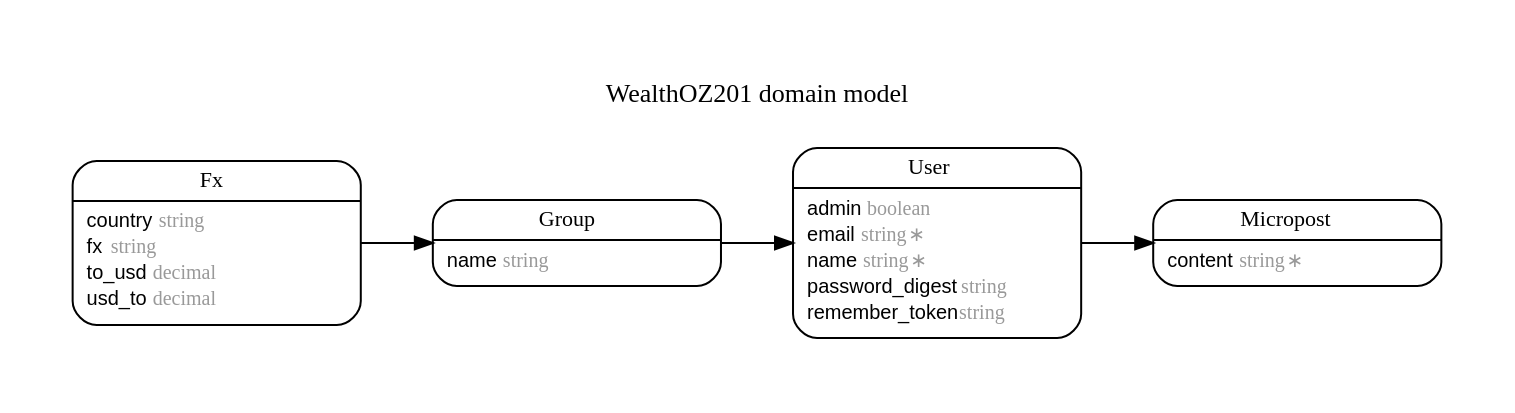
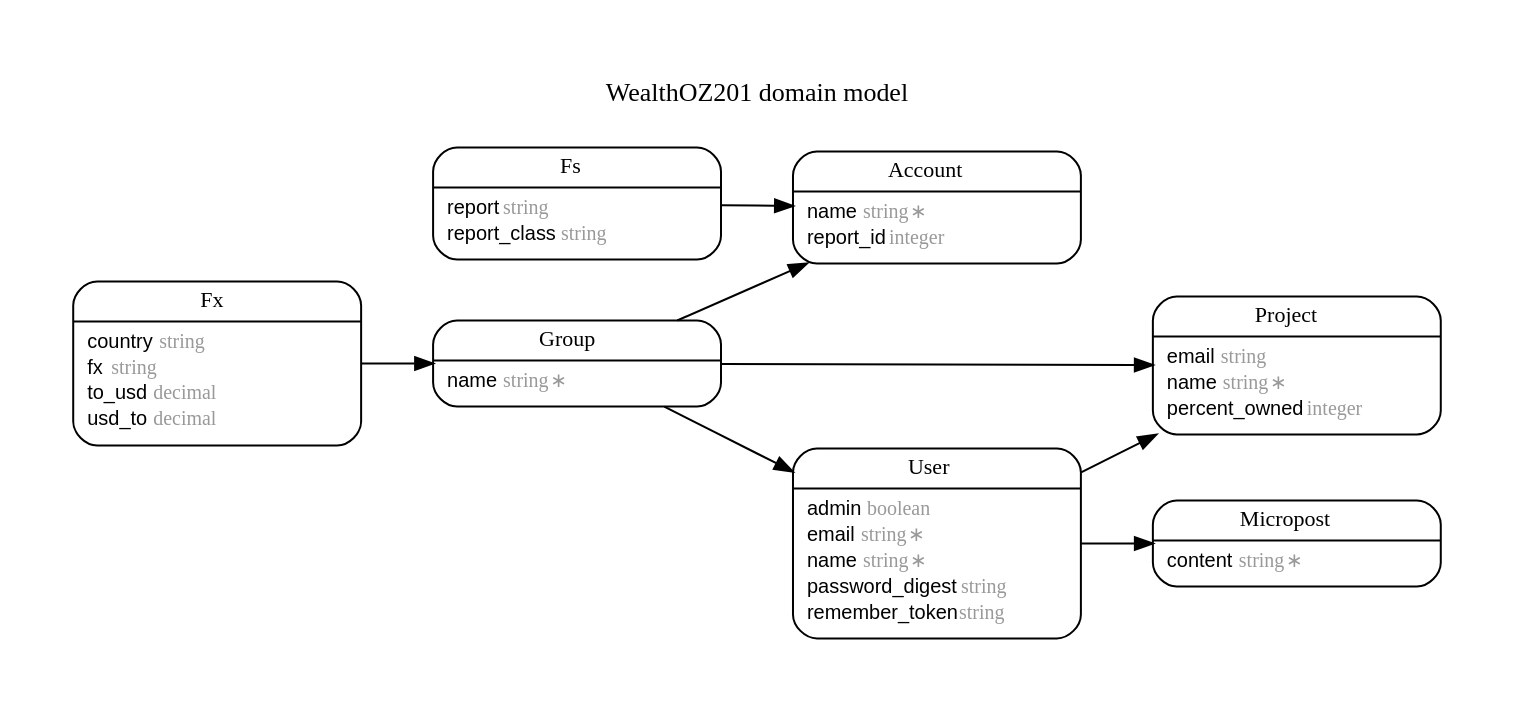
One commit to wealthoz/wealthoz.com changed the diagram in erd.dot. Above: the diagram before and after it, drawn with Graphviz. The commit also changed 71 other files, not shown here.

```diff
--- a/erd.dot
+++ b/erd.dot
@@ -1,56 +1,88 @@
 digraph WealthOZ201 {
 rankdir = "LR";
 ranksep = "0.5";
 nodesep = "0.4";
 pad = "0.4,0.4";
 margin = "0,0";
 concentrate = "true";
 labelloc = "t";
 fontsize = "13";
 fontname = "Arial Bold";
 node[ shape  =  "Mrecord" , fontsize  =  "10" , fontname  =  "Arial" , margin  =  "0.07,0.05" , penwidth  =  "1.0"];
 edge[ fontname  =  "Arial" , fontsize  =  "7" , dir  =  "both" , arrowsize  =  "0.9" , penwidth  =  "1.0" , labelangle  =  "32" , labeldistance  =  "1.8"];
 label = "WealthOZ201 domain model\n\n";
+m_Account [label = <<table border="0" align="center" cellspacing="0.5" cellpadding="0" width="134">
+  <tr><td align="center" valign="bottom" width="130"><font face="Arial Bold" point-size="11">Account</font></td></tr>
+</table>
+|
+<table border="0" align="left" cellspacing="2" cellpadding="0" width="134">
+  <tr><td align="left" width="130" port="name">name <font face="Arial Italic" color="grey60">string ∗</font></td></tr>
+  <tr><td align="left" width="130" port="report_id">report_id <font face="Arial Italic" color="grey60">integer</font></td></tr>
+</table>
+>];
+m_Fs [label = <<table border="0" align="center" cellspacing="0.5" cellpadding="0" width="134">
+  <tr><td align="center" valign="bottom" width="130"><font face="Arial Bold" point-size="11">Fs</font></td></tr>
+</table>
+|
+<table border="0" align="left" cellspacing="2" cellpadding="0" width="134">
+  <tr><td align="left" width="130" port="report">report <font face="Arial Italic" color="grey60">string</font></td></tr>
+  <tr><td align="left" width="130" port="report_class">report_class <font face="Arial Italic" color="grey60">string</font></td></tr>
+</table>
+>];
 m_Fx [label = <<table border="0" align="center" cellspacing="0.5" cellpadding="0" width="134">
   <tr><td align="center" valign="bottom" width="130"><font face="Arial Bold" point-size="11">Fx</font></td></tr>
 </table>
 |
 <table border="0" align="left" cellspacing="2" cellpadding="0" width="134">
   <tr><td align="left" width="130" port="country">country <font face="Arial Italic" color="grey60">string</font></td></tr>
   <tr><td align="left" width="130" port="fx">fx <font face="Arial Italic" color="grey60">string</font></td></tr>
   <tr><td align="left" width="130" port="to_usd">to_usd <font face="Arial Italic" color="grey60">decimal</font></td></tr>
   <tr><td align="left" width="130" port="usd_to">usd_to <font face="Arial Italic" color="grey60">decimal</font></td></tr>
 </table>
 >];
 m_Group [label = <<table border="0" align="center" cellspacing="0.5" cellpadding="0" width="134">
   <tr><td align="center" valign="bottom" width="130"><font face="Arial Bold" point-size="11">Group</font></td></tr>
 </table>
 |
 <table border="0" align="left" cellspacing="2" cellpadding="0" width="134">
-  <tr><td align="left" width="130" port="name">name <font face="Arial Italic" color="grey60">string</font></td></tr>
+  <tr><td align="left" width="130" port="name">name <font face="Arial Italic" color="grey60">string ∗</font></td></tr>
 </table>
 >];
 m_Micropost [label = <<table border="0" align="center" cellspacing="0.5" cellpadding="0" width="134">
   <tr><td align="center" valign="bottom" width="130"><font face="Arial Bold" point-size="11">Micropost</font></td></tr>
 </table>
 |
 <table border="0" align="left" cellspacing="2" cellpadding="0" width="134">
   <tr><td align="left" width="130" port="content">content <font face="Arial Italic" color="grey60">string ∗</font></td></tr>
+</table>
+>];
+m_Project [label = <<table border="0" align="center" cellspacing="0.5" cellpadding="0" width="134">
+  <tr><td align="center" valign="bottom" width="130"><font face="Arial Bold" point-size="11">Project</font></td></tr>
+</table>
+|
+<table border="0" align="left" cellspacing="2" cellpadding="0" width="134">
+  <tr><td align="left" width="130" port="email">email <font face="Arial Italic" color="grey60">string</font></td></tr>
+  <tr><td align="left" width="130" port="name">name <font face="Arial Italic" color="grey60">string ∗</font></td></tr>
+  <tr><td align="left" width="130" port="percent_owned">percent_owned <font face="Arial Italic" color="grey60">integer</font></td></tr>
 </table>
 >];
 m_User [label = <<table border="0" align="center" cellspacing="0.5" cellpadding="0" width="134">
   <tr><td align="center" valign="bottom" width="130"><font face="Arial Bold" point-size="11">User</font></td></tr>
 </table>
 |
 <table border="0" align="left" cellspacing="2" cellpadding="0" width="134">
   <tr><td align="left" width="130" port="admin">admin <font face="Arial Italic" color="grey60">boolean</font></td></tr>
   <tr><td align="left" width="130" port="email">email <font face="Arial Italic" color="grey60">string ∗</font></td></tr>
   <tr><td align="left" width="130" port="name">name <font face="Arial Italic" color="grey60">string ∗</font></td></tr>
   <tr><td align="left" width="130" port="password_digest">password_digest <font face="Arial Italic" color="grey60">string</font></td></tr>
   <tr><td align="left" width="130" port="remember_token">remember_token <font face="Arial Italic" color="grey60">string</font></td></tr>
 </table>
 >];
+  m_Group -> m_Account [arrowhead = "normal", arrowtail = "none", weight = "2"];
+  m_Fs -> m_Account [arrowhead = "normal", arrowtail = "none", weight = "2"];
   m_Fx -> m_Group [arrowhead = "normal", arrowtail = "none", weight = "2"];
   m_Group -> m_User [arrowhead = "normal", arrowtail = "none", weight = "2"];
+  m_Group -> m_Project [arrowhead = "normal", arrowtail = "none", weight = "2"];
   m_User -> m_Micropost [arrowhead = "normal", arrowtail = "none", weight = "2"];
+  m_User -> m_Project [arrowhead = "normal", arrowtail = "none", weight = "2"];
 }
```
